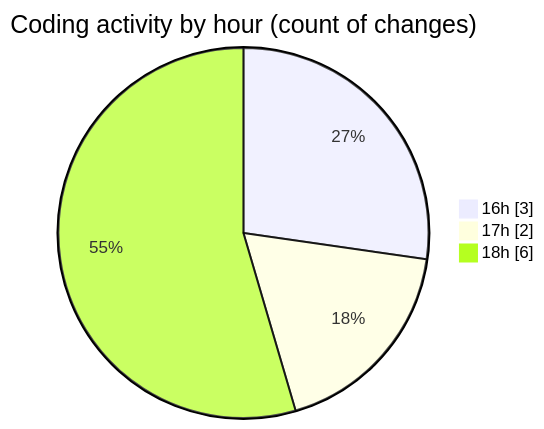
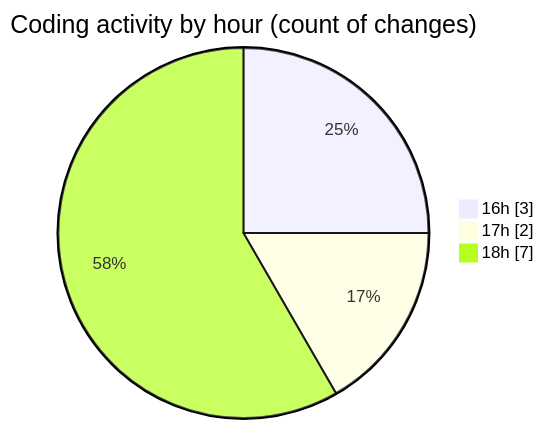
Before and after one commit to NitaiMahat/code-tracking: the second of 2 diagrams in 2025-03-25/startfiles/README.md, drawn with Mermaid. The commit also changed other lines of this file and 1 other file, not shown here.

````diff
--- a/2025-03-25/startfiles/README.md
+++ b/2025-03-25/startfiles/README.md
@@ -28,7 +29,7 @@
 ```mermaid
 pie showData
 title Coding activity by hour (count of changes)
 "16h" : 3
 "17h" : 2
-"18h" : 6
+"18h" : 7
 ```
````
